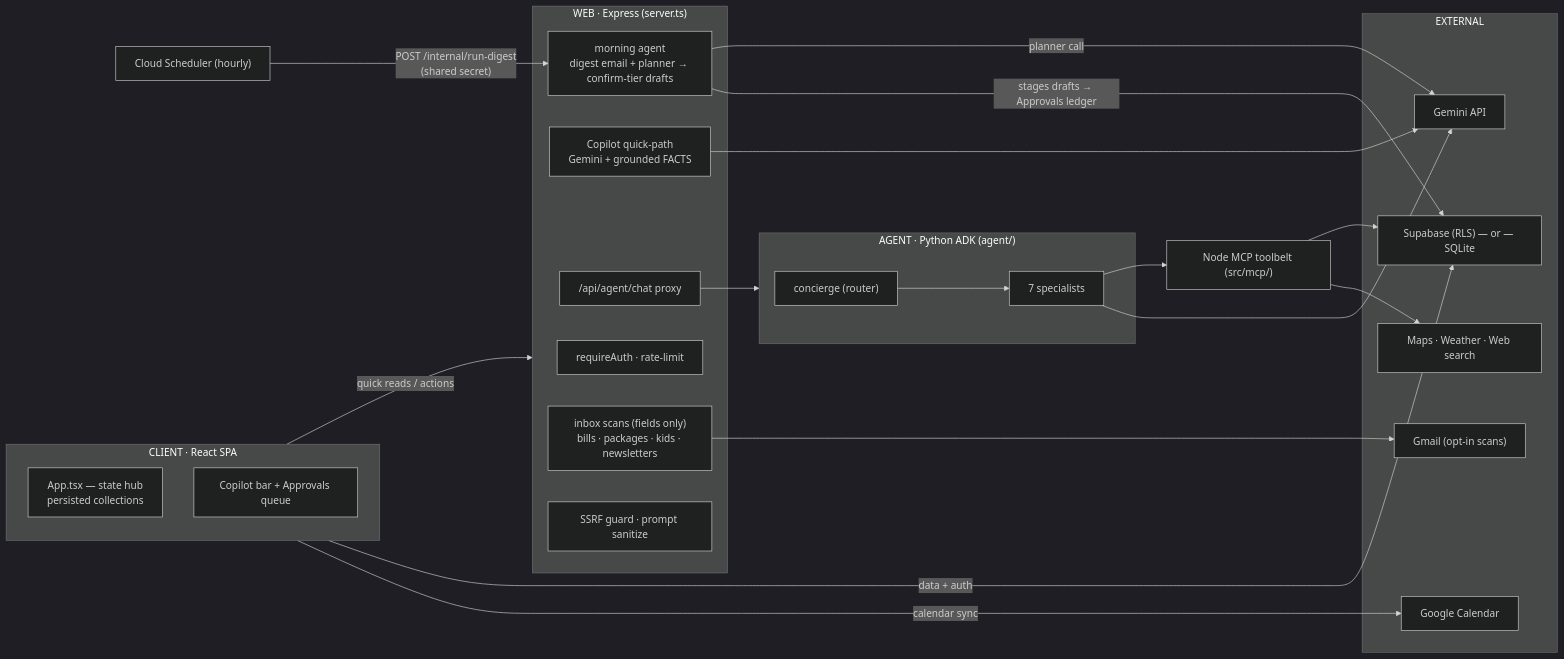
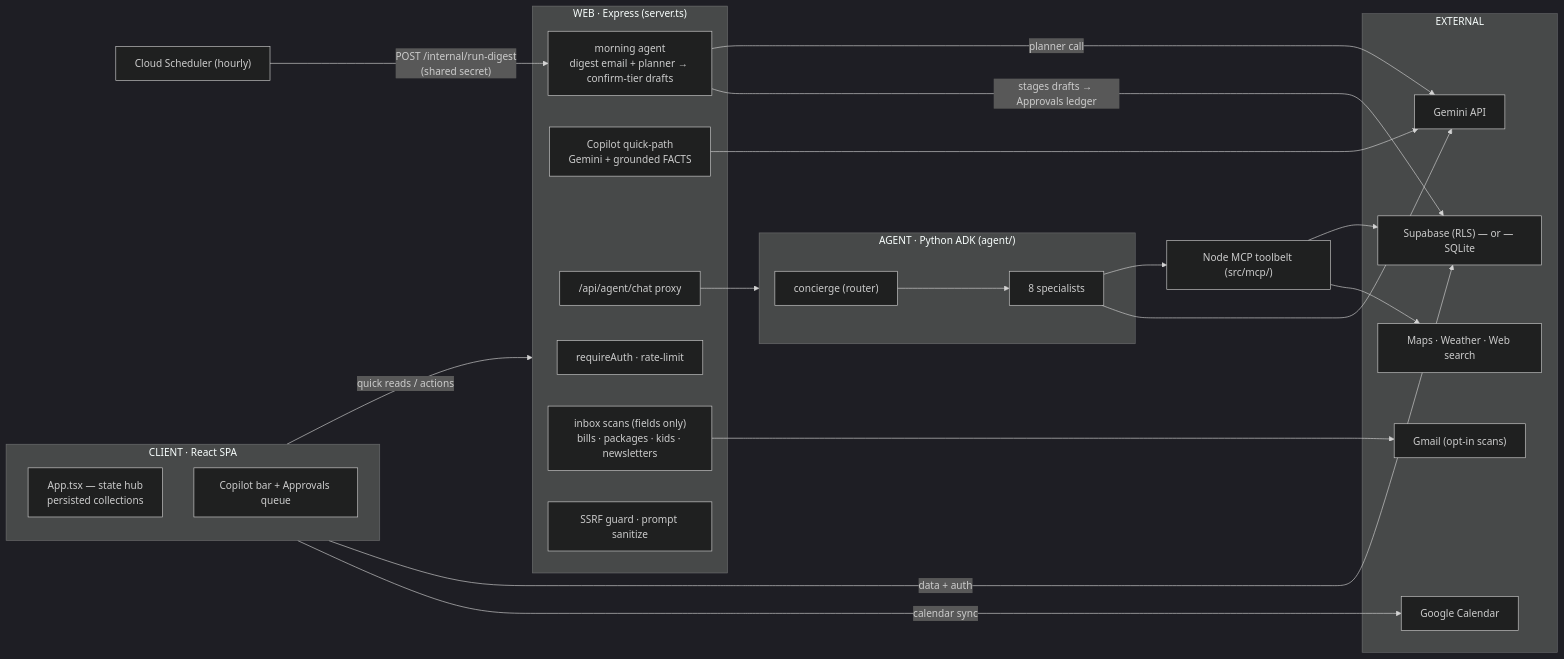
The diagram in docs/architecture.md (msampath/fam-hub), drawn with Mermaid (dark theme) before and after one commit. The commit also changed other lines of this file and 6 other files, not shown here.

````diff
--- a/docs/architecture.md
+++ b/docs/architecture.md
@@ -26,40 +26,40 @@
 ```mermaid
 flowchart LR
   SCHED["Cloud Scheduler (hourly)"]
   subgraph CLIENT["CLIENT · React SPA"]
     APP["App.tsx — state hub<br/>persisted collections"]
     BAR["Copilot bar + Approvals queue"]
   end
   subgraph WEB["WEB · Express (server.ts)"]
     AUTH["requireAuth · rate-limit"]
     QP["Copilot quick-path<br/>Gemini + grounded FACTS"]
     PROXY["/api/agent/chat proxy"]
     DIG["morning agent<br/>digest email + planner → confirm-tier drafts"]
     SCAN["inbox scans (fields only)<br/>bills · packages · kids · newsletters"]
     SEC["SSRF guard · prompt sanitize"]
   end
   subgraph AGENT["AGENT · Python ADK (agent/)"]
     ROOT["concierge (router)"]
-    SPEC["7 specialists"]
+    SPEC["8 specialists"]
   end
   MCP["Node MCP toolbelt (src/mcp/)"]
   subgraph EXT["EXTERNAL"]
     GEM["Gemini API"]
     STORE["Supabase (RLS) — or — SQLite"]
     GCAL["Google Calendar"]
     GMAIL["Gmail (opt-in scans)"]
     WEB2["Maps · Weather · Web search"]
   end
   CLIENT -->|"quick reads / actions"| WEB
   QP --> GEM
   PROXY --> AGENT
   ROOT --> SPEC --> MCP --> STORE
   SPEC --> GEM
   MCP --> WEB2
   SCHED -->|"POST /internal/run-digest<br/>(shared secret)"| DIG
   DIG -->|"planner call"| GEM
   DIG -->|"stages drafts → Approvals ledger"| STORE
   SCAN --> GMAIL
   CLIENT -->|"data + auth"| STORE
   CLIENT -->|"calendar sync"| GCAL
 ```
````
